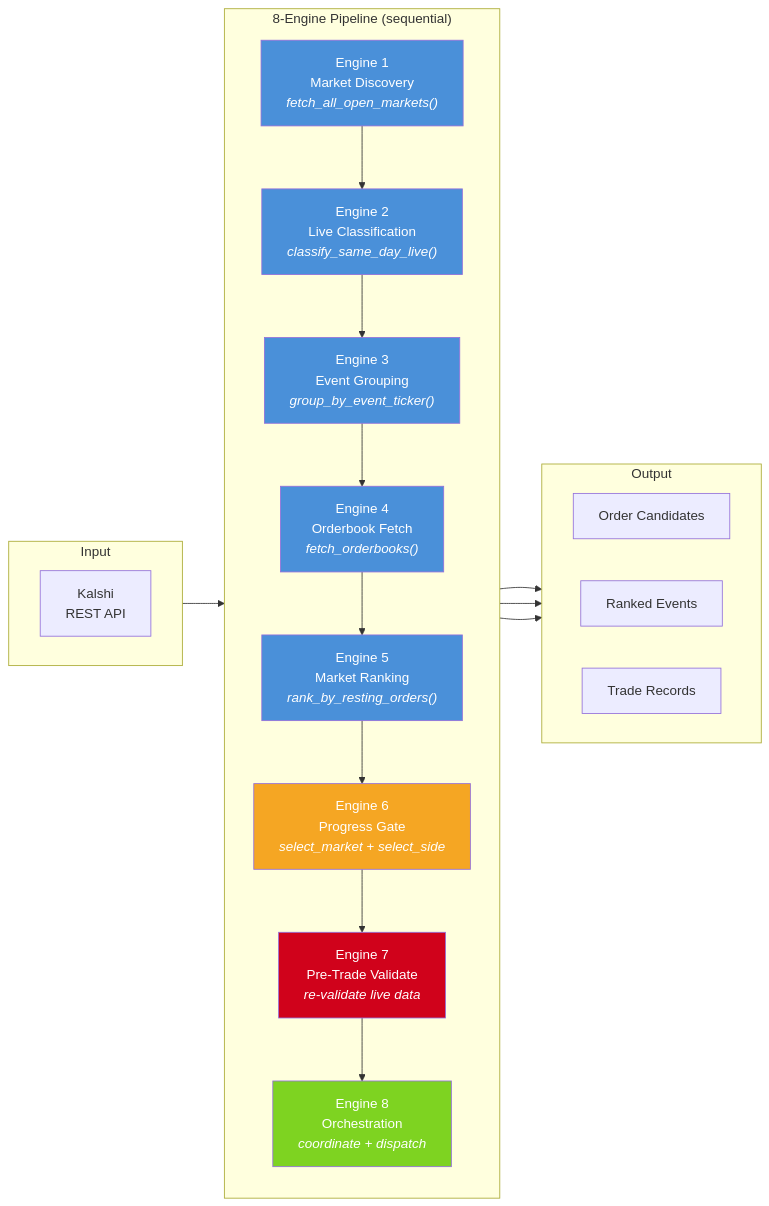
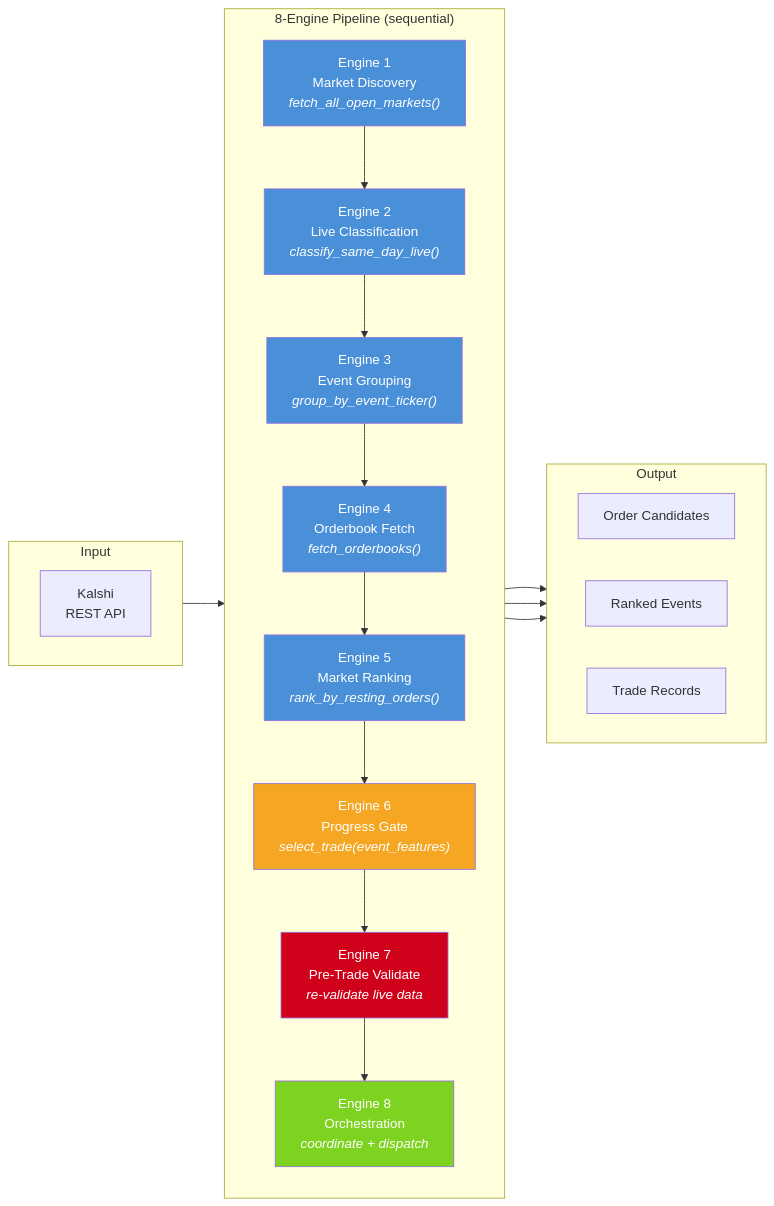
Before and after one commit to Danish11512/nunu: the third of 18 diagrams in docs/architecture.md, drawn with Mermaid. The commit also changed other lines of this file and 28 other files, not shown here.

````diff
--- a/docs/architecture.md
+++ b/docs/architecture.md
@@ -173,48 +175,48 @@
 ```mermaid
 flowchart LR
     subgraph Input["Input"]
         direction LR
         KALSHI_API["Kalshi<br/>REST API"]
     end
 
     subgraph Pipeline["8-Engine Pipeline (sequential)"]
         direction TB
         
         E1["Engine 1<br/>Market Discovery<br/><i>fetch_all_open_markets()</i>"]
         E2["Engine 2<br/>Live Classification<br/><i>classify_same_day_live()</i>"]
         E3["Engine 3<br/>Event Grouping<br/><i>group_by_event_ticker()</i>"]
         E4["Engine 4<br/>Orderbook Fetch<br/><i>fetch_orderbooks()</i>"]
         E5["Engine 5<br/>Market Ranking<br/><i>rank_by_resting_orders()</i>"]
-        E6["Engine 6<br/>Progress Gate<br/><i>select_market + select_side</i>"]
+        E6["Engine 6<br/>Progress Gate<br/><i>select_trade(event_features)</i>"]
         E7["Engine 7<br/>Pre-Trade Validate<br/><i>re-validate live data</i>"]
         E8["Engine 8<br/>Orchestration<br/><i>coordinate + dispatch</i>"]
     end
 
     subgraph Output["Output"]
         direction LR
         CANDIDATES["Order Candidates"]
         EVENTS["Ranked Events"]
         TRADES["Trade Records"]
     end
 
     KALSHI_API --> E1
     E1 --> E2
     E2 --> E3
     E3 --> E4
     E4 --> E5
     E5 --> E6
     E6 --> E7
     E7 --> E8
     E8 --> CANDIDATES
     E8 --> EVENTS
     E8 --> TRADES
 
     style E1 fill:#4A90D9,color:#fff
     style E2 fill:#4A90D9,color:#fff
     style E3 fill:#4A90D9,color:#fff
     style E4 fill:#4A90D9,color:#fff
     style E5 fill:#4A90D9,color:#fff
     style E6 fill:#F5A623,color:#fff
     style E7 fill:#D0021B,color:#fff
     style E8 fill:#7ED321,color:#fff
 ```
````
